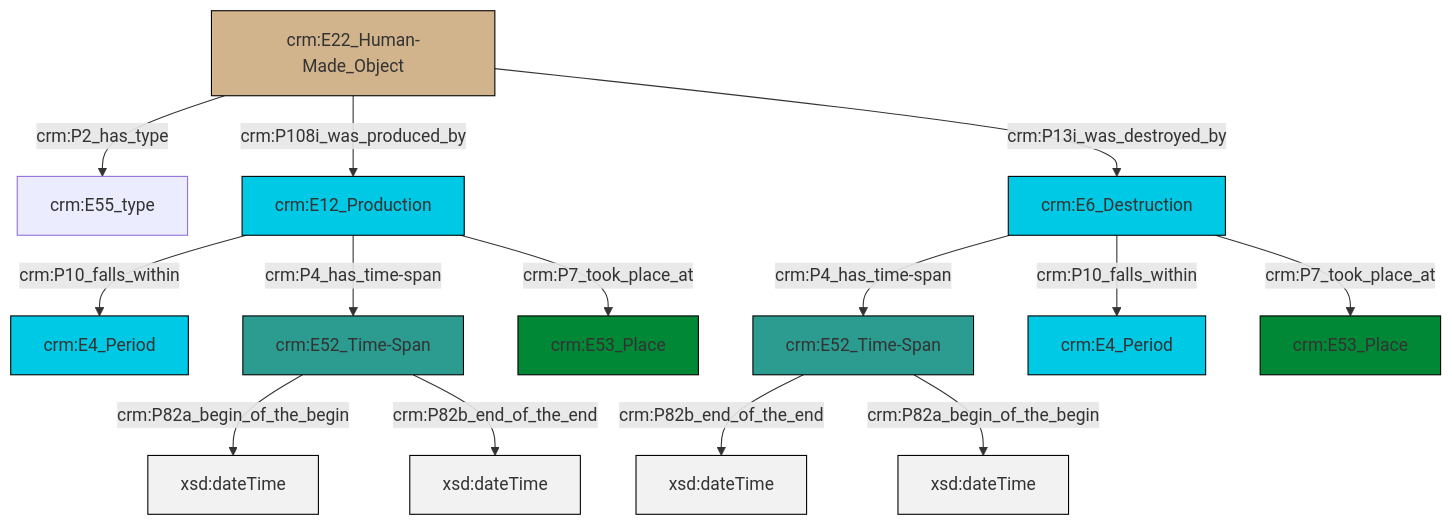
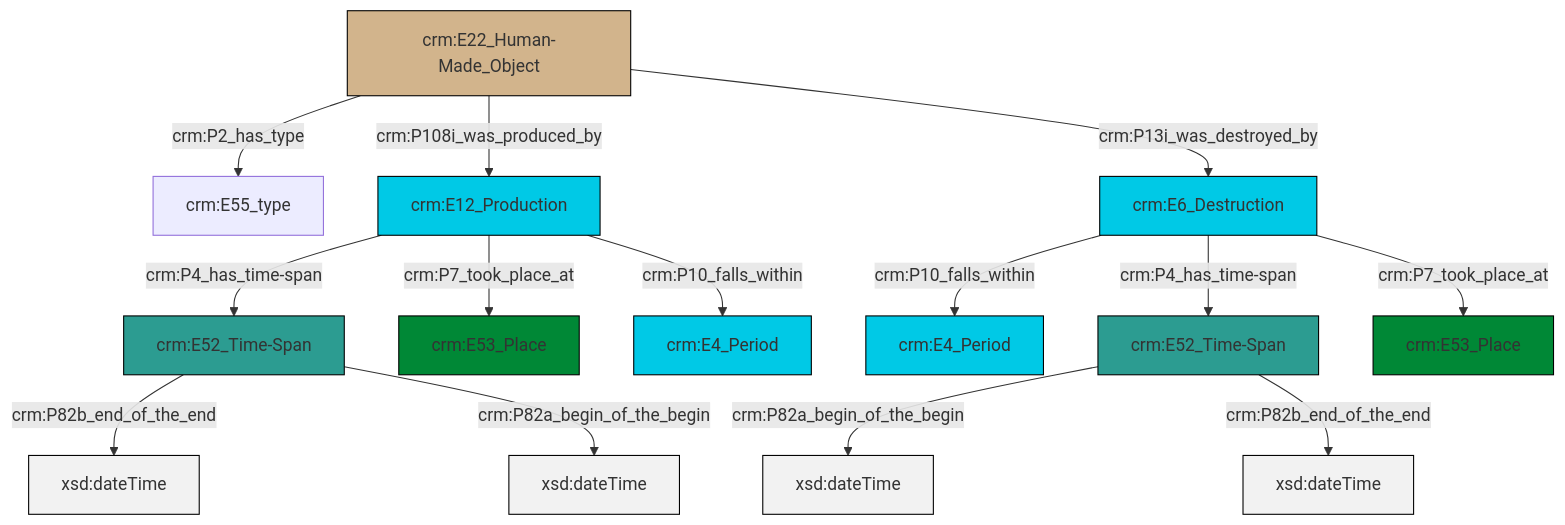
One commit to swiss-art-research-net/docs.swissartresearch changed the diagram in et/builtWorkCSV/ttl/mmd/Built_Work_existence.ttl.mmd. Above: the diagram before and after it, drawn with Mermaid. The commit also changed 171 other files, not shown here.

```diff
--- a/et/builtWorkCSV/ttl/mmd/Built_Work_existence.ttl.mmd
+++ b/et/builtWorkCSV/ttl/mmd/Built_Work_existence.ttl.mmd
@@ -1,28 +1,28 @@
 graph TD
 classDef Literal fill:#f2f2f2,stroke:#000000;
 classDef CRM_Entity fill:#FFFFFF,stroke:#000000;
 classDef Temporal_Entity fill:#00C9E6, stroke:#000000;
 classDef Type fill:#E18312, stroke:#000000;
 classDef Time-Span fill:#2C9C91, stroke:#000000;
 classDef Appellation fill:#FFEB7F, stroke:#000000;
 classDef Place fill:#008836, stroke:#000000;
 classDef Persistent_Item fill:#B266B2, stroke:#000000;
 classDef Conceptual_Object fill:#FFD700, stroke:#000000;
 classDef Physical_Thing fill:#D2B48C, stroke:#000000;
 classDef Actor fill:#f58aad, stroke:#000000;
 classDef PC_Classes fill:#4ce600, stroke:#000000;
 classDef Multi fill:#cccccc,stroke:#000000;
 
-6["crm:E6_Destruction"]:::Temporal_Entity -->|crm:P4_has_time-span| 7["crm:E52_Time-Span"]:::Time-Span
-0["crm:E12_Production"]:::Temporal_Entity -->|crm:P10_falls_within| 8["crm:E4_Period"]:::Temporal_Entity
-4["crm:E22_Human-Made_Object"]:::Physical_Thing -->|crm:P2_has_type| 9["crm:E55_type"]:::Default
-7["crm:E52_Time-Span"]:::Time-Span -->|crm:P82b_end_of_the_end| 10[xsd:dateTime]:::Literal
-0["crm:E12_Production"]:::Temporal_Entity -->|crm:P4_has_time-span| 11["crm:E52_Time-Span"]:::Time-Span
-11["crm:E52_Time-Span"]:::Time-Span -->|crm:P82a_begin_of_the_begin| 14[xsd:dateTime]:::Literal
-6["crm:E6_Destruction"]:::Temporal_Entity -->|crm:P10_falls_within| 2["crm:E4_Period"]:::Temporal_Entity
-6["crm:E6_Destruction"]:::Temporal_Entity -->|crm:P7_took_place_at| 17["crm:E53_Place"]:::Place
-7["crm:E52_Time-Span"]:::Time-Span -->|crm:P82a_begin_of_the_begin| 18[xsd:dateTime]:::Literal
-0["crm:E12_Production"]:::Temporal_Entity -->|crm:P7_took_place_at| 20["crm:E53_Place"]:::Place
-11["crm:E52_Time-Span"]:::Time-Span -->|crm:P82b_end_of_the_end| 22[xsd:dateTime]:::Literal
-4["crm:E22_Human-Made_Object"]:::Physical_Thing -->|crm:P108i_was_produced_by| 0["crm:E12_Production"]:::Temporal_Entity
-4["crm:E22_Human-Made_Object"]:::Physical_Thing -->|crm:P13i_was_destroyed_by| 6["crm:E6_Destruction"]:::Temporal_Entity
+0["crm:E22_Human-Made_Object"]:::Physical_Thing -->|crm:P2_has_type| 1["crm:E55_type"]:::Default
+4["crm:E52_Time-Span"]:::Time-Span -->|crm:P82a_begin_of_the_begin| 5[xsd:dateTime]:::Literal
+10["crm:E52_Time-Span"]:::Time-Span -->|crm:P82b_end_of_the_end| 11[xsd:dateTime]:::Literal
+10["crm:E52_Time-Span"]:::Time-Span -->|crm:P82a_begin_of_the_begin| 18[xsd:dateTime]:::Literal
+0["crm:E22_Human-Made_Object"]:::Physical_Thing -->|crm:P108i_was_produced_by| 19["crm:E12_Production"]:::Temporal_Entity
+0["crm:E22_Human-Made_Object"]:::Physical_Thing -->|crm:P13i_was_destroyed_by| 2["crm:E6_Destruction"]:::Temporal_Entity
+2["crm:E6_Destruction"]:::Temporal_Entity -->|crm:P10_falls_within| 8["crm:E4_Period"]:::Temporal_Entity
+2["crm:E6_Destruction"]:::Temporal_Entity -->|crm:P4_has_time-span| 4["crm:E52_Time-Span"]:::Time-Span
+19["crm:E12_Production"]:::Temporal_Entity -->|crm:P4_has_time-span| 10["crm:E52_Time-Span"]:::Time-Span
+19["crm:E12_Production"]:::Temporal_Entity -->|crm:P7_took_place_at| 16["crm:E53_Place"]:::Place
+4["crm:E52_Time-Span"]:::Time-Span -->|crm:P82b_end_of_the_end| 23[xsd:dateTime]:::Literal
+19["crm:E12_Production"]:::Temporal_Entity -->|crm:P10_falls_within| 6["crm:E4_Period"]:::Temporal_Entity
+2["crm:E6_Destruction"]:::Temporal_Entity -->|crm:P7_took_place_at| 13["crm:E53_Place"]:::Place
```
